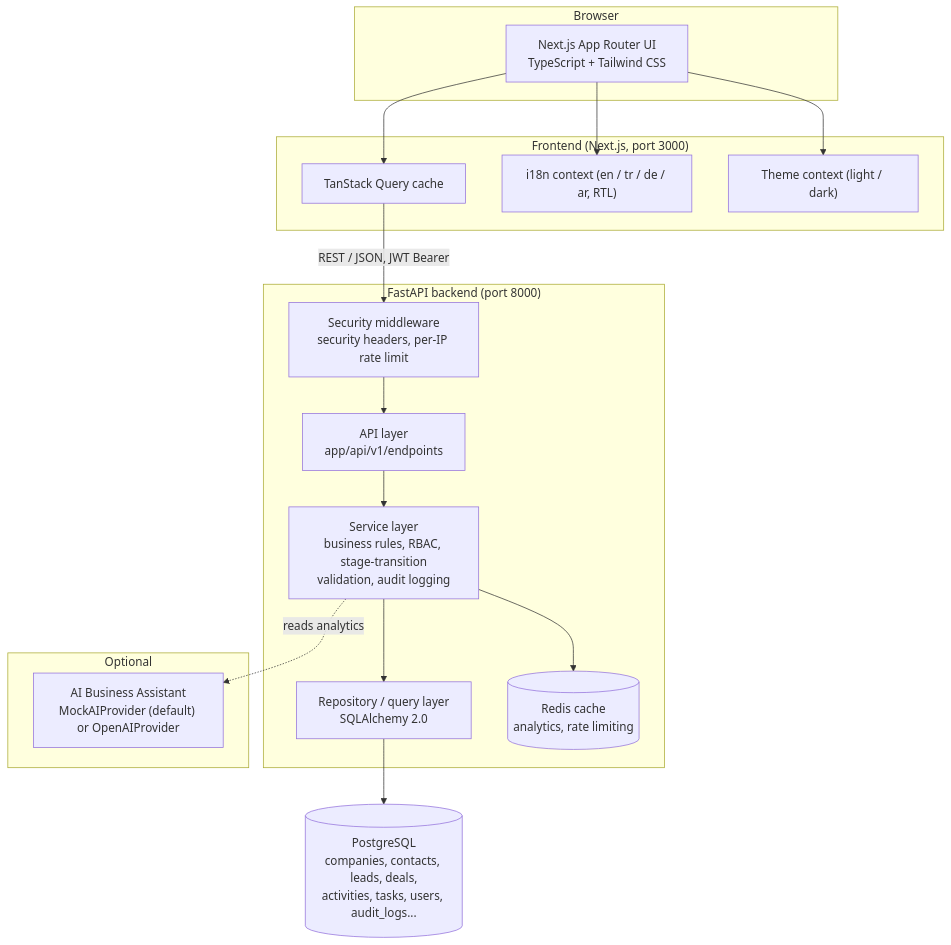
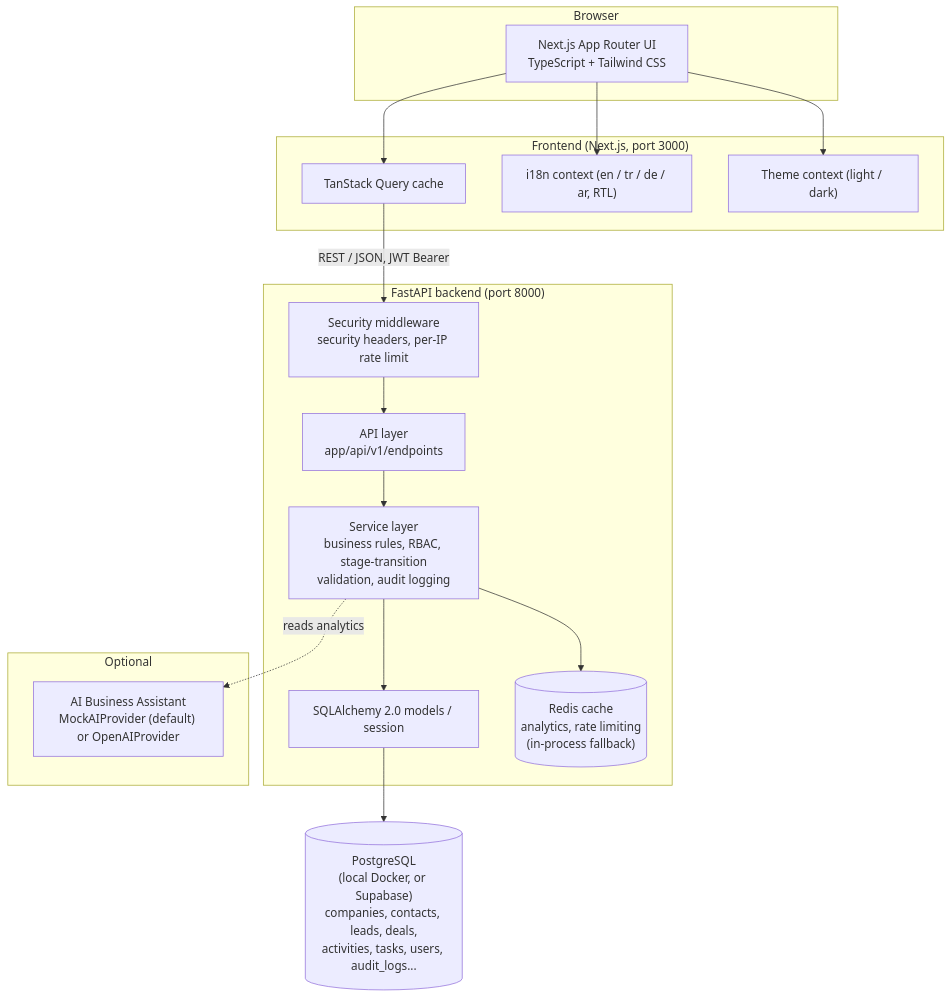
Before and after one commit to Bedirhanelcik/salescore: the fourth of 8 diagrams in README.md, drawn with Mermaid. The commit also changed other lines of this file, not shown here.

````diff
--- a/README.md
+++ b/README.md
@@ -65,30 +199,30 @@
 ```mermaid
 flowchart TD
     subgraph Client["Browser"]
         UI["Next.js App Router UI\nTypeScript + Tailwind CSS"]
     end
 
     subgraph Frontend["Frontend (Next.js, port 3000)"]
         UI --> RQ["TanStack Query cache"]
         UI --> I18N["i18n context (en / tr / de / ar, RTL)"]
         UI --> Theme["Theme context (light / dark)"]
     end
 
     RQ -- "REST / JSON, JWT Bearer" --> MW
 
     subgraph Backend["FastAPI backend (port 8000)"]
         MW["Security middleware\nsecurity headers, per-IP rate limit"]
         API["API layer\napp/api/v1/endpoints"]
         SVC["Service layer\nbusiness rules, RBAC, stage-transition\nvalidation, audit logging"]
-        REPO["Repository / query layer\nSQLAlchemy 2.0"]
+        REPO["SQLAlchemy 2.0 models / session"]
         MW --> API --> SVC --> REPO
-        SVC --> CACHE[("Redis cache\nanalytics, rate limiting")]
+        SVC --> CACHE[("Redis cache\nanalytics, rate limiting\n(in-process fallback)")]
     end
 
-    REPO --> DB[("PostgreSQL\ncompanies, contacts, leads, deals,\nactivities, tasks, users, audit_logs...")]
+    REPO --> DB[("PostgreSQL\n(local Docker, or Supabase)\ncompanies, contacts, leads, deals,\nactivities, tasks, users, audit_logs...")]
 
-    subgraph Workers["Optional"]
+    subgraph Optional
         AI["AI Business Assistant\nMockAIProvider (default) or OpenAIProvider"]
     end
     SVC -. reads analytics .-> AI
 ```
````
